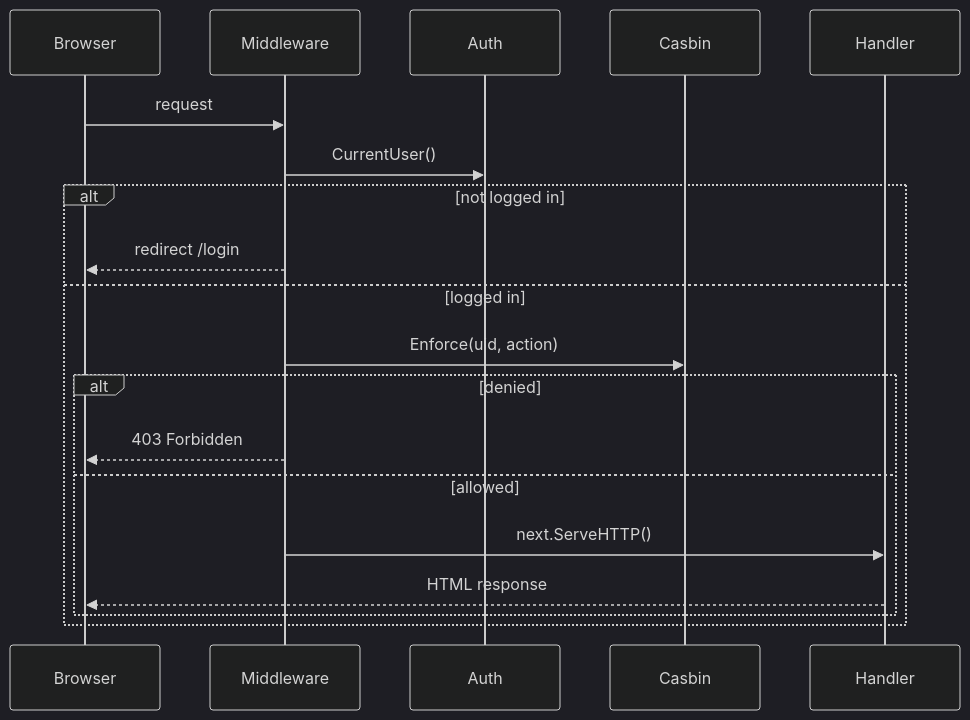
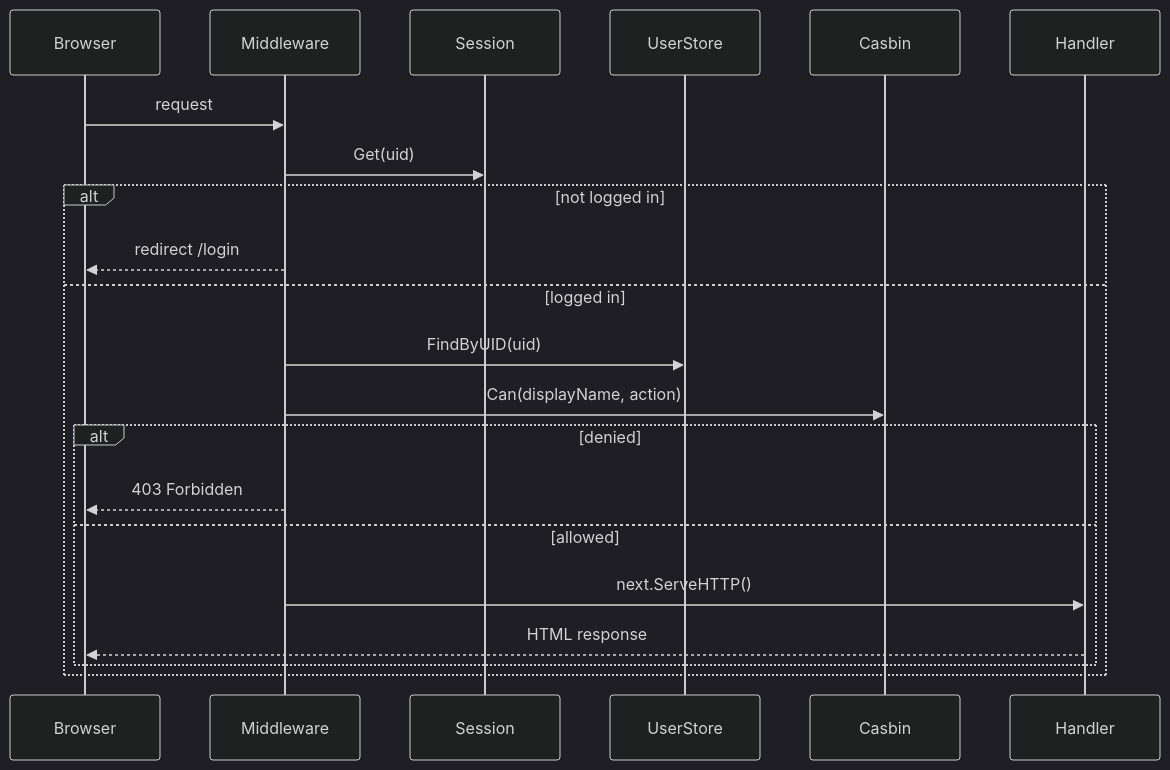
One commit to AxelRHD/hagg changed the third of 3 diagrams in ARCHITECTURE.md. Above: the diagram before and after it, drawn with Mermaid (dark theme). The commit also changed other lines of this file and 13 other files, not shown here.

````diff
--- a/ARCHITECTURE.md
+++ b/ARCHITECTURE.md
@@ -690,22 +791,24 @@
 ```mermaid
 sequenceDiagram
     participant B as Browser
     participant M as Middleware
-    participant A as Auth
+    participant S as Session
+    participant U as UserStore
     participant C as Casbin
     participant H as Handler
 
     B->>M: request
-    M->>A: CurrentUser()
+    M->>S: Get(uid)
     alt not logged in
         M-->>B: redirect /login
     else logged in
-        M->>C: Enforce(uid, action)
+        M->>U: FindByUID(uid)
+        M->>C: Can(displayName, action)
         alt denied
             M-->>B: 403 Forbidden
         else allowed
             M->>H: next.ServeHTTP()
             H-->>B: HTML response
         end
     end
 ```
````
